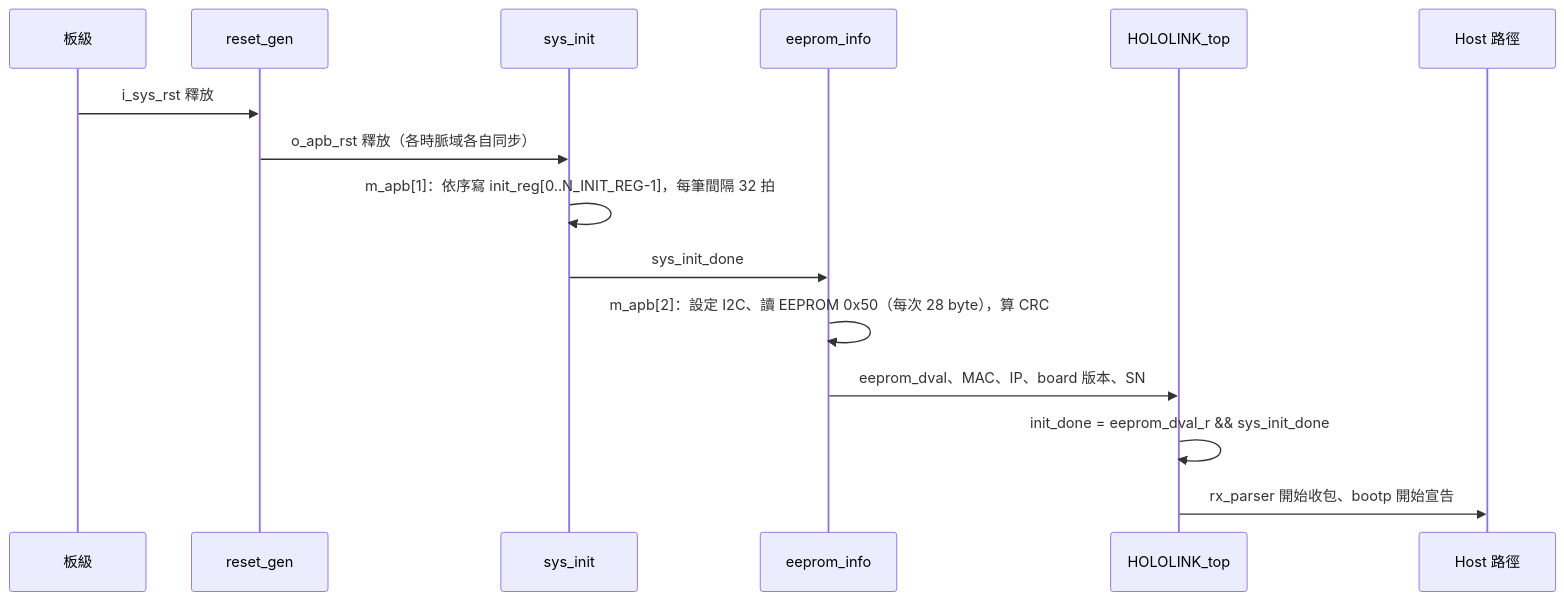
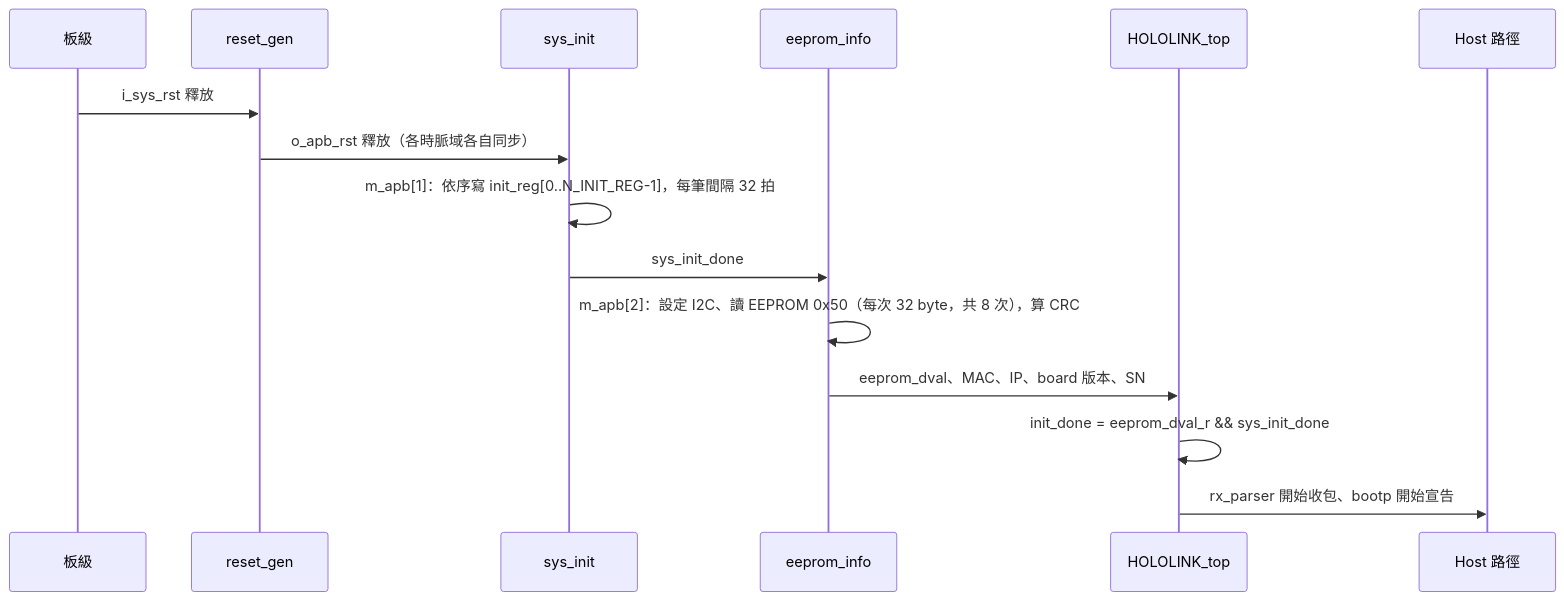
Before and after one commit to blue31606/hsb-ana: the first of 2 diagrams in docs/modules/boot_and_reset.md, drawn with Mermaid. The commit also changed other lines of this file and 13 other files, not shown here.

````diff
--- a/docs/modules/boot_and_reset.md
+++ b/docs/modules/boot_and_reset.md
@@ -12,17 +12,17 @@
 ```mermaid
 sequenceDiagram
   participant B as 板級
   participant R as reset_gen
   participant S as sys_init
   participant E as eeprom_info
   participant T as HOLOLINK_top
   participant H as Host 路徑
   B->>R: i_sys_rst 釋放
   R->>S: o_apb_rst 釋放（各時脈域各自同步）
   S->>S: m_apb[1]：依序寫 init_reg[0..N_INIT_REG-1]，每筆間隔 32 拍
   S->>E: sys_init_done
-  E->>E: m_apb[2]：設定 I2C、讀 EEPROM 0x50（每次 28 byte），算 CRC
+  E->>E: m_apb[2]：設定 I2C、讀 EEPROM 0x50（每次 32 byte，共 8 次），算 CRC
   E->>T: eeprom_dval、MAC、IP、board 版本、SN
   T->>T: init_done = eeprom_dval_r && sys_init_done
   T->>H: rx_parser 開始收包、bootp 開始宣告
 ```
````
